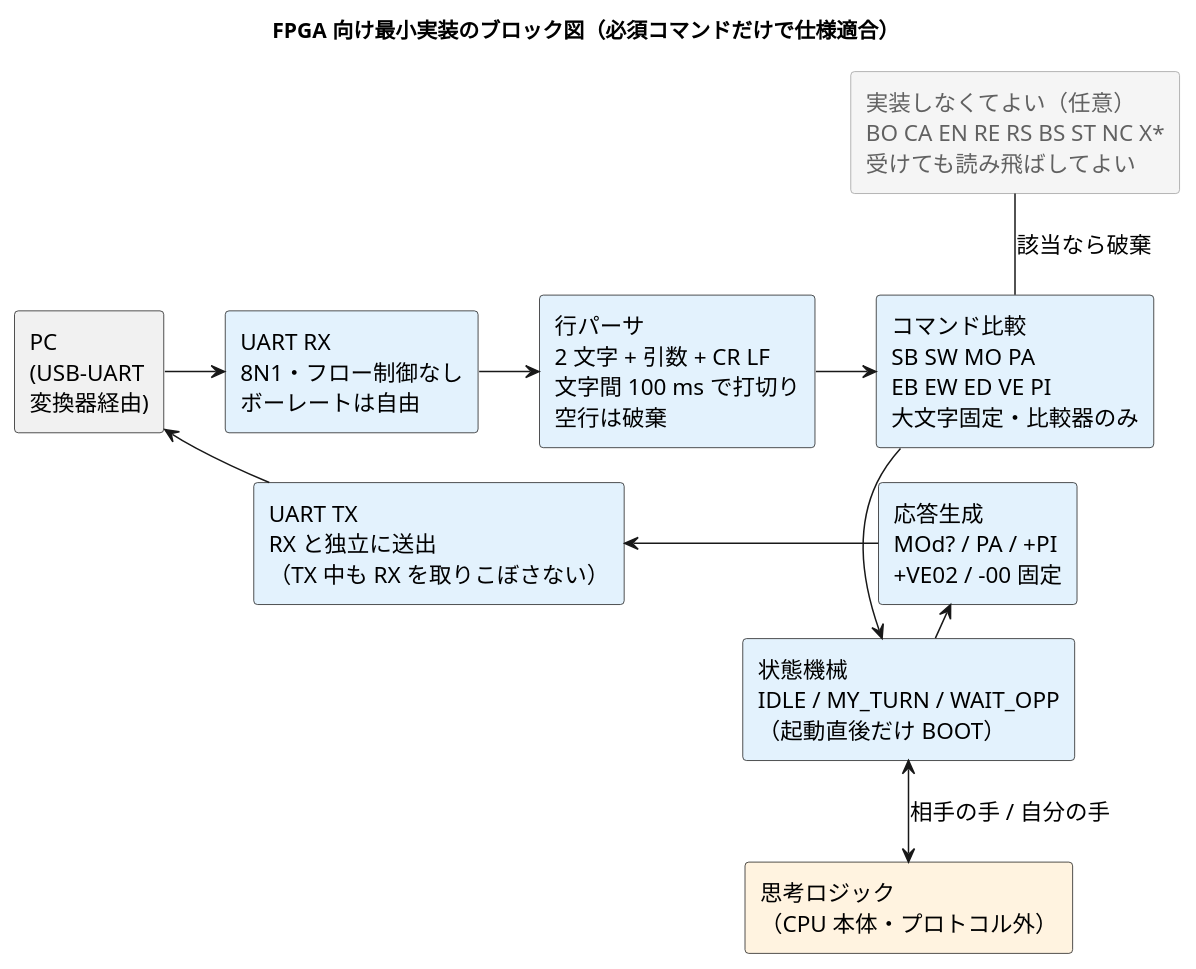
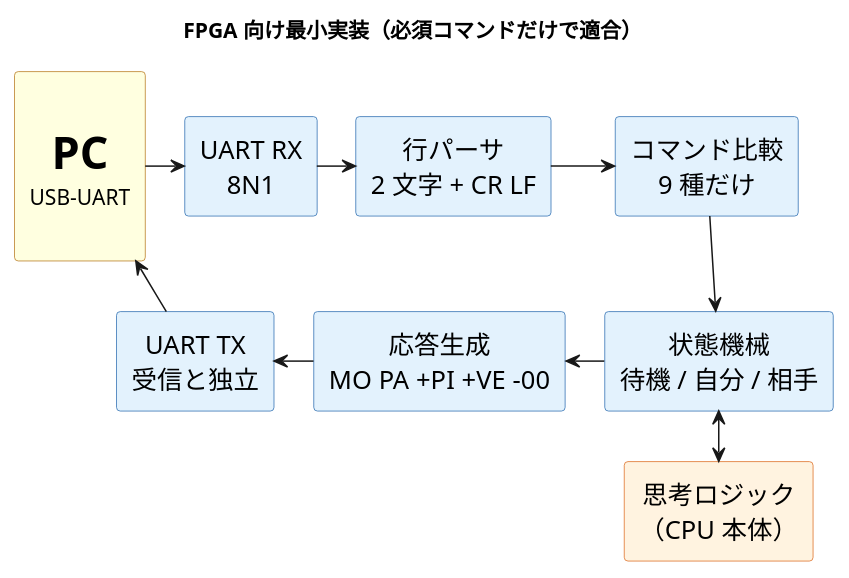
Before and after one commit to tommie-jp/reversi-uart-protocol: the diagram in diagrams/minimal-impl.ja.puml, drawn with PlantUML. The commit also changed 3 other files, not shown here.

First line of the commit message:
docs: 最小実装のブロック図を文字が読める大きさに整理する

```diff
--- a/diagrams/minimal-impl.ja.puml
+++ b/diagrams/minimal-impl.ja.puml
@@ -1,36 +1,38 @@
 @startuml
-title FPGA 向け最小実装のブロック図（必須コマンドだけで仕様適合）
+title FPGA 向け最小実装（必須コマンドだけで適合）
 
 skinparam shadowing false
+skinparam defaultTextAlignment center
+skinparam defaultFontSize 17
+skinparam nodesep 26
+skinparam ranksep 34
+skinparam RectangleBackgroundColor #E3F2FD
+skinparam RectangleBorderColor #2B6CB0
+skinparam RectangleBackgroundColor<<cpu>> #FFF3E0
+skinparam RectangleBorderColor<<cpu>> #DD6B20
+skinparam RectangleBackgroundColor<<pc>> #FFFFE0
+skinparam RectangleBorderColor<<pc>> #B7791F
 hide stereotype
-skinparam defaultFontSize 15
-skinparam nodesep 40
-skinparam ranksep 45
-skinparam RectangleBackgroundColor<<proto>> #E3F2FD
-skinparam RectangleBackgroundColor<<cpu>> #FFF3E0
-skinparam RectangleBackgroundColor<<skip>> #F5F5F5
-skinparam RectangleBorderColor<<skip>> #9E9E9E
-skinparam RectangleFontColor<<skip>> #616161
 
-rectangle "PC\n(USB-UART\n変換器経由)" as PC
+rectangle "\n<size:30><b>PC</b></size>\n<size:14>USB-UART</size>\n" as PC <<pc>>
 
-rectangle "UART RX\n8N1・フロー制御なし\nボーレートは自由" as RX <<proto>>
-rectangle "行パーサ\n2 文字 + 引数 + CR LF\n文字間 100 ms で打切り\n空行は破棄" as PARSE <<proto>>
-rectangle "コマンド比較\nSB SW MO PA\nEB EW ED VE PI\n大文字固定・比較器のみ" as DEC <<proto>>
-rectangle "状態機械\nIDLE / MY_TURN / WAIT_OPP\n（起動直後だけ BOOT）" as FSM <<proto>>
-rectangle "応答生成\nMOd? / PA / +PI\n+VE02 / -00 固定" as GEN <<proto>>
-rectangle "UART TX\nRX と独立に送出\n（TX 中も RX を取りこぼさない）" as TX <<proto>>
-rectangle "思考ロジック\n（CPU 本体・プロトコル外）" as ENGINE <<cpu>>
-rectangle "実装しなくてよい（任意）\nBO CA EN RE RS BS ST NC X*\n受けても読み飛ばしてよい" as SKIP <<skip>>
+rectangle "UART RX\n8N1" as RX
+rectangle "行パーサ\n2 文字 + CR LF" as PARSE
+rectangle "コマンド比較\n9 種だけ" as DEC
+rectangle "状態機械\n待機 / 自分 / 相手" as FSM
+rectangle "応答生成\nMO PA +PI +VE -00" as GEN
+rectangle "UART TX\n受信と独立" as TX
+rectangle "思考ロジック\n（CPU 本体）" as ENGINE <<cpu>>
 
 PC -right-> RX
 RX -right-> PARSE
 PARSE -right-> DEC
 DEC -down-> FSM
 FSM -left-> GEN
 GEN -left-> TX
 TX -left-> PC
-FSM <-down-> ENGINE : 相手の手 / 自分の手
-DEC -up- SKIP : 該当なら破棄
+RX -[hidden]down-> TX
+PARSE -[hidden]down-> GEN
+FSM <-down-> ENGINE
 
 @enduml
```
